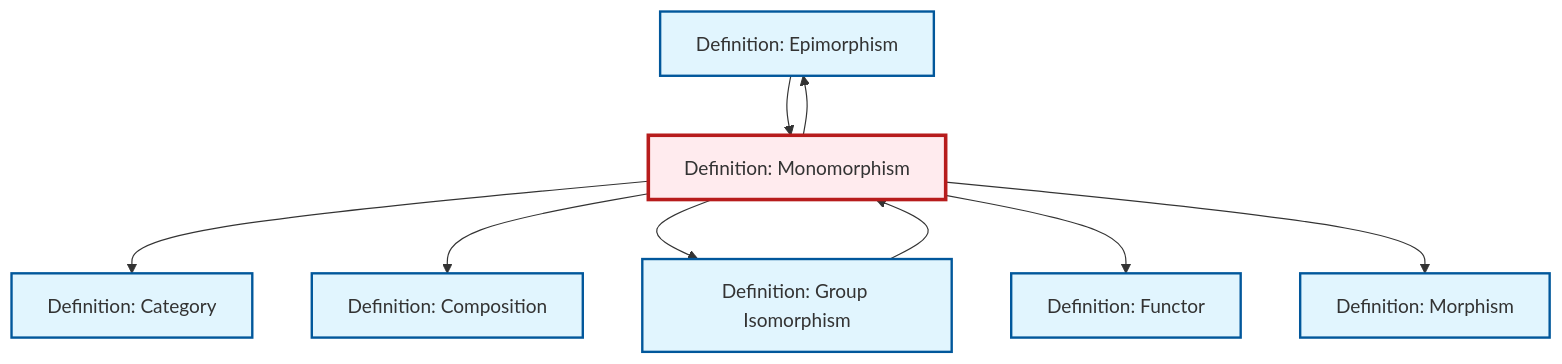
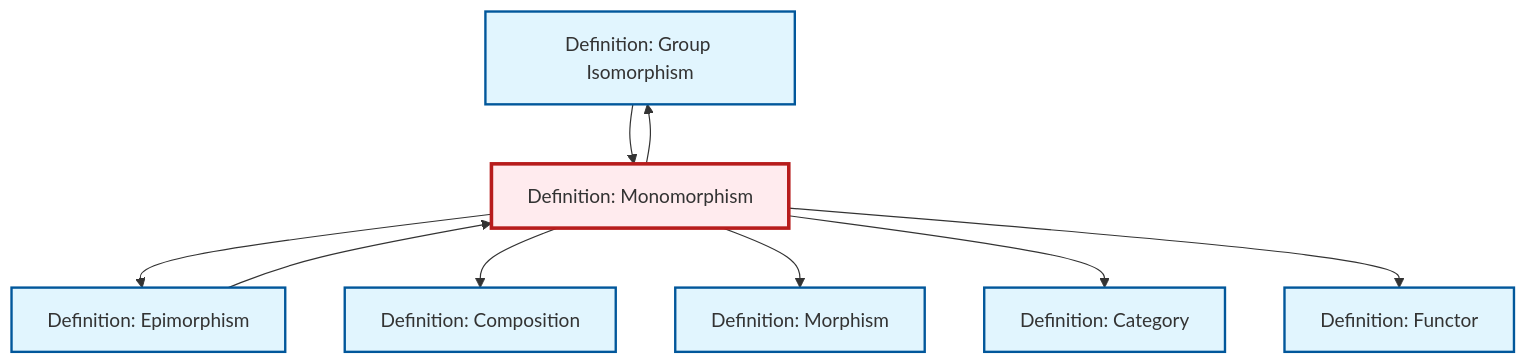
One commit to RK0429/ModernMath changed the diagram in content/en/category-theory/def-monomorphism.qmd. Above: the diagram before and after it, drawn with Mermaid. The commit also changed other lines of this file and 654 other files, not shown here.

````diff
--- a/content/en/category-theory/def-monomorphism.qmd
+++ b/content/en/category-theory/def-monomorphism.qmd
@@ -95,31 +95,31 @@
 ```{mermaid}
 %%| fig-cap: "Local dependency graph"
 graph TD
     classDef definition fill:#e1f5fe,stroke:#01579b,stroke-width:2px
     classDef theorem fill:#f3e5f5,stroke:#4a148c,stroke-width:2px
     classDef axiom fill:#fff3e0,stroke:#e65100,stroke-width:2px
     classDef example fill:#e8f5e9,stroke:#1b5e20,stroke-width:2px
     classDef current fill:#ffebee,stroke:#b71c1c,stroke-width:3px
+    def-isomorphism["Definition: Group Isomorphism"]:::definition
+    def-functor["Definition: Functor"]:::definition
+    def-epimorphism["Definition: Epimorphism"]:::definition
     def-category["Definition: Category"]:::definition
+    def-morphism["Definition: Morphism"]:::definition
     def-composition["Definition: Composition"]:::definition
-    def-epimorphism["Definition: Epimorphism"]:::definition
     def-monomorphism["Definition: Monomorphism"]:::definition
-    def-isomorphism["Definition: Group Isomorphism"]:::definition
-    def-morphism["Definition: Morphism"]:::definition
-    def-functor["Definition: Functor"]:::definition
     def-monomorphism --> def-epimorphism
+    def-monomorphism --> def-composition
+    def-monomorphism --> def-morphism
     def-epimorphism --> def-monomorphism
     def-isomorphism --> def-monomorphism
     def-monomorphism --> def-category
-    def-monomorphism --> def-composition
     def-monomorphism --> def-isomorphism
     def-monomorphism --> def-functor
-    def-monomorphism --> def-morphism
     class def-monomorphism current
+    click def-isomorphism "def-isomorphism.html" "Go to Group Isomorphism definition"
+    click def-functor "def-functor.html" "Go to Functor definition"
+    click def-epimorphism "def-epimorphism.html" "Go to Epimorphism definition"
     click def-category "def-category.html" "Go to Category definition"
+    click def-morphism "def-morphism.html" "Go to Morphism definition"
     click def-composition "def-composition.html" "Go to Composition definition"
-    click def-epimorphism "def-epimorphism.html" "Go to Epimorphism definition"
-    click def-isomorphism "def-isomorphism.html" "Go to Group Isomorphism definition"
-    click def-morphism "def-morphism.html" "Go to Morphism definition"
-    click def-functor "def-functor.html" "Go to Functor definition"
 ```
````
